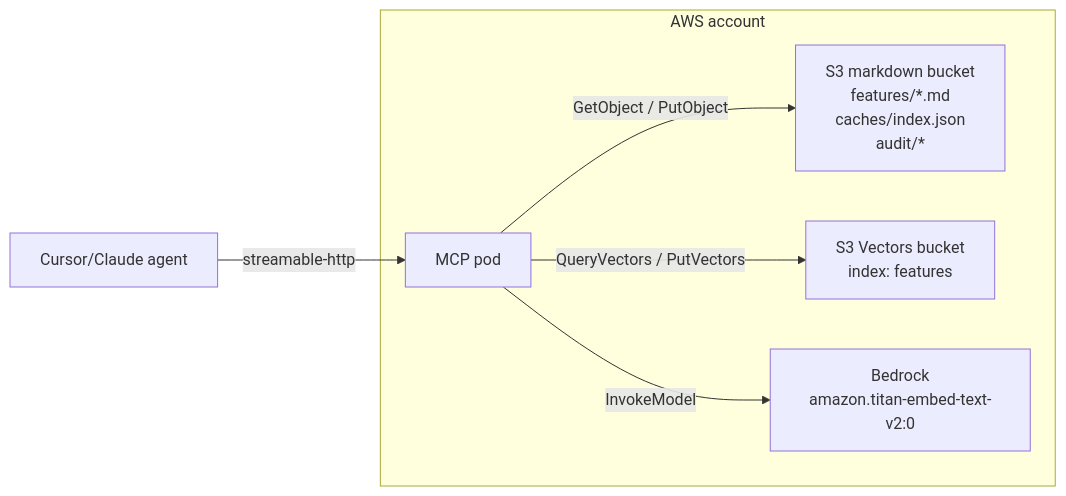
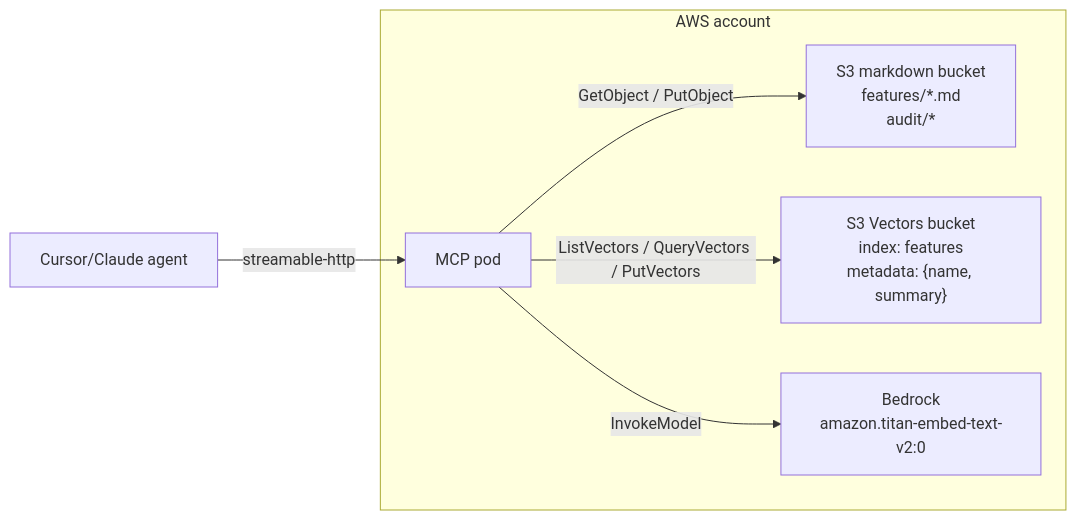
The diagram in docs/superpowers/specs/2026-05-12-feature-memory-v3-s3-vectors.md (Rafael-Sakera-1995/feature_memory), drawn with Mermaid before and after one commit. The commit also changed other lines of this file and 9 other files, not shown here.

````diff
--- a/docs/superpowers/specs/2026-05-12-feature-memory-v3-s3-vectors.md
+++ b/docs/superpowers/specs/2026-05-12-feature-memory-v3-s3-vectors.md
@@ -42,9 +50,9 @@
 ```mermaid
 flowchart LR
     agent[Cursor/Claude agent] -->|streamable-http| pod[MCP pod]
     subgraph aws [AWS account]
-        pod -->|GetObject / PutObject| md["S3 markdown bucket<br/>features/*.md<br/>caches/index.json<br/>audit/*"]
-        pod -->|QueryVectors / PutVectors| vec[S3 Vectors bucket<br/>index: features]
+        pod -->|GetObject / PutObject| md["S3 markdown bucket<br/>features/*.md<br/>audit/*"]
+        pod -->|ListVectors / QueryVectors / PutVectors| vec["S3 Vectors bucket<br/>index: features<br/>metadata: {name, summary}"]
         pod -->|InvokeModel| bed["Bedrock<br/>amazon.titan-embed-text-v2:0"]
     end
 ```
````
